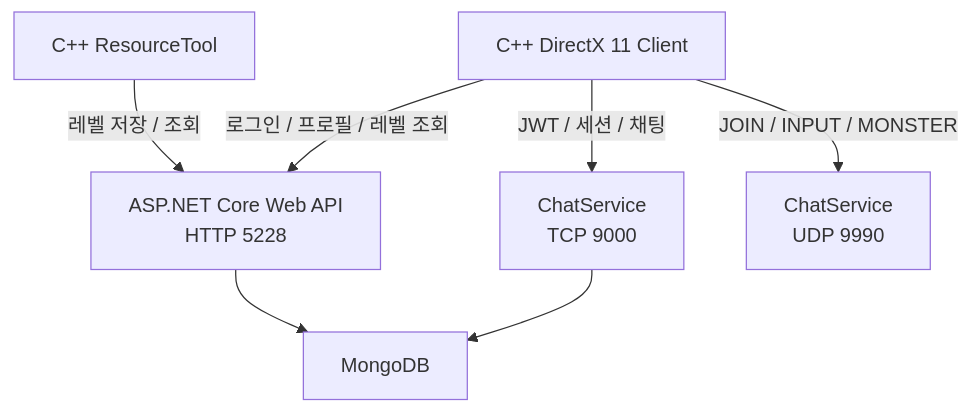
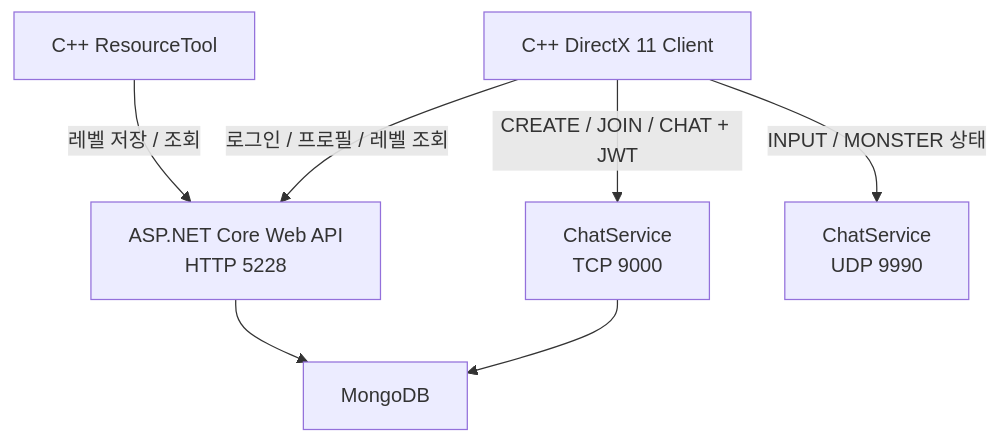
Before and after one commit to Jaehyeok-Soh/Jaehyeok-Soh.github.io: the diagram in _portfolio/elden-ring-recreate.md, drawn with Mermaid. The commit also changed other lines of this file and 13 other files, not shown here.

````diff
--- a/_portfolio/elden-ring-recreate.md
+++ b/_portfolio/elden-ring-recreate.md
@@ -102,17 +81,16 @@
 ```mermaid
 flowchart TD
-	Client["C++ DirectX 11 Client"]
-	Tool["C++ ResourceTool"]
-	
-	API["ASP.NET Core Web API<br/>HTTP 5228"]
-	TCP["ChatService<br/>TCP 9000"]
-	UDP["ChatService<br/>UDP 9990"]
-	DB["MongoDB"]
-	Client -->|"로그인 / 프로필 / 레벨 조회"| API
-	Tool -->|"레벨 저장 / 조회"| API
-	Client -->|"JWT / 세션 / 채팅"| TCP
-	Client -->|"JOIN / INPUT / MONSTER"| UDP
-	
-	API --> DB
-	TCP --> DB
+    Client["C++ DirectX 11 Client"]
+    Tool["C++ ResourceTool"]
+    HTTP["ASP.NET Core Web API<br>HTTP 5228"]
+    TCP["ChatService<br>TCP 9000"]
+    UDP["ChatService<br>UDP 9990"]
+    DB["MongoDB"]
+
+    Client -->|"로그인 / 프로필 / 레벨 조회"| HTTP
+    Tool -->|"레벨 저장 / 조회"| HTTP
+    Client -->|"CREATE / JOIN / CHAT + JWT"| TCP
+    Client -->|"INPUT / MONSTER 상태"| UDP
+    HTTP --> DB
+    TCP --> DB
 ```
````
